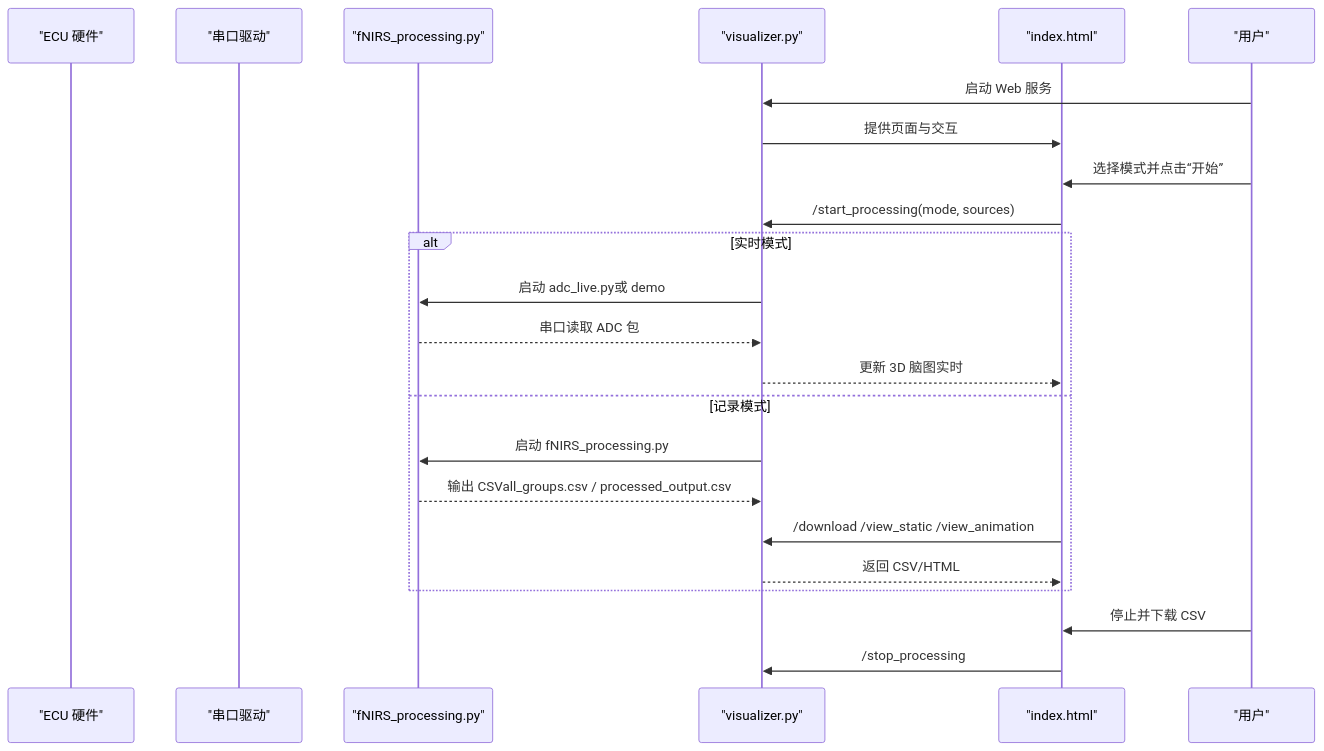
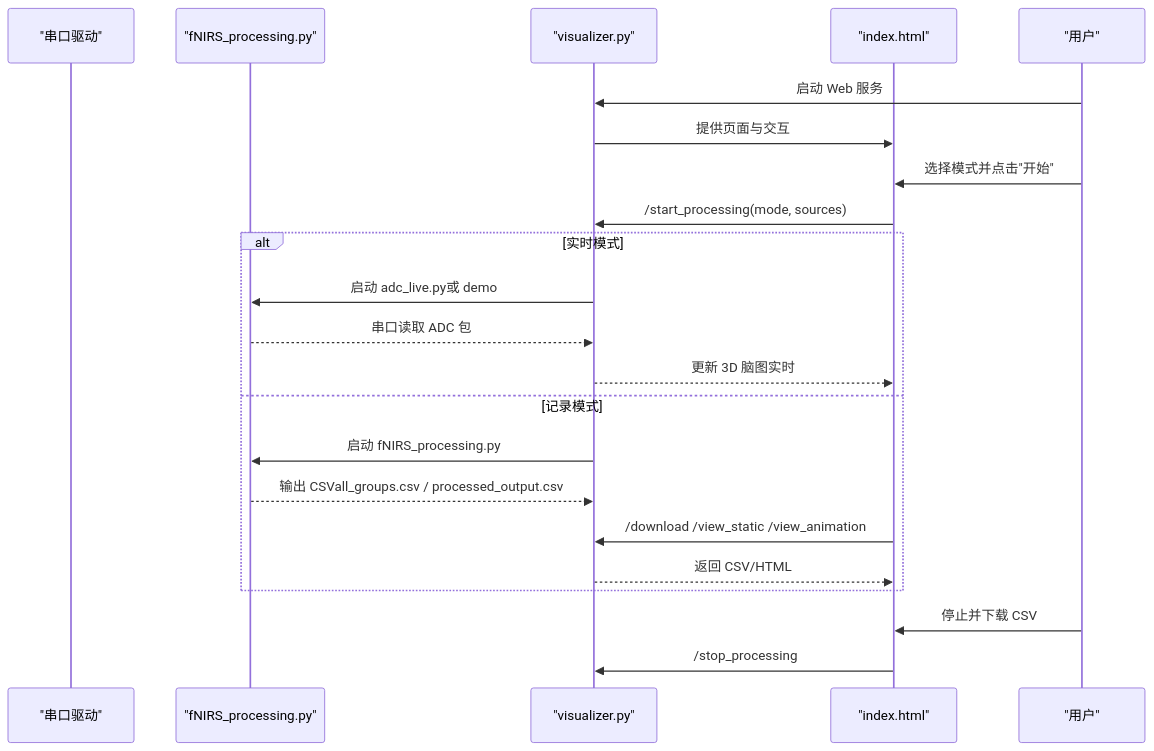
Before and after one commit to zhushizi/fNIRS-main: the second of 6 diagrams in .qoder/repowiki/zh/content/快速开始.md, drawn with Mermaid. The commit also changed other lines of this file and 28 other files, not shown here.

````diff
--- a/.qoder/repowiki/zh/content/快速开始.md
+++ b/.qoder/repowiki/zh/content/快速开始.md
@@ -83,25 +87,24 @@
 ```mermaid
 sequenceDiagram
-participant HW as "ECU 硬件"
 participant Serial as "串口驱动"
 participant Proc as "fNIRS_processing.py"
 participant Vis as "visualizer.py"
 participant UI as "index.html"
 participant User as "用户"
 User->>Vis : 启动 Web 服务
 Vis->>UI : 提供页面与交互
-User->>UI : 选择模式并点击“开始”
+User->>UI : 选择模式并点击"开始"
 UI->>Vis : /start_processing(mode, sources)
 alt 实时模式
 Vis->>Proc : 启动 adc_live.py或 demo
 Proc-->>Vis : 串口读取 ADC 包
 Vis-->>UI : 更新 3D 脑图实时
 else 记录模式
 Vis->>Proc : 启动 fNIRS_processing.py
 Proc-->>Vis : 输出 CSVall_groups.csv / processed_output.csv
 UI->>Vis : /download /view_static /view_animation
 Vis-->>UI : 返回 CSV/HTML
 end
 User->>UI : 停止并下载 CSV
 UI->>Vis : /stop_processing
 ```
````
